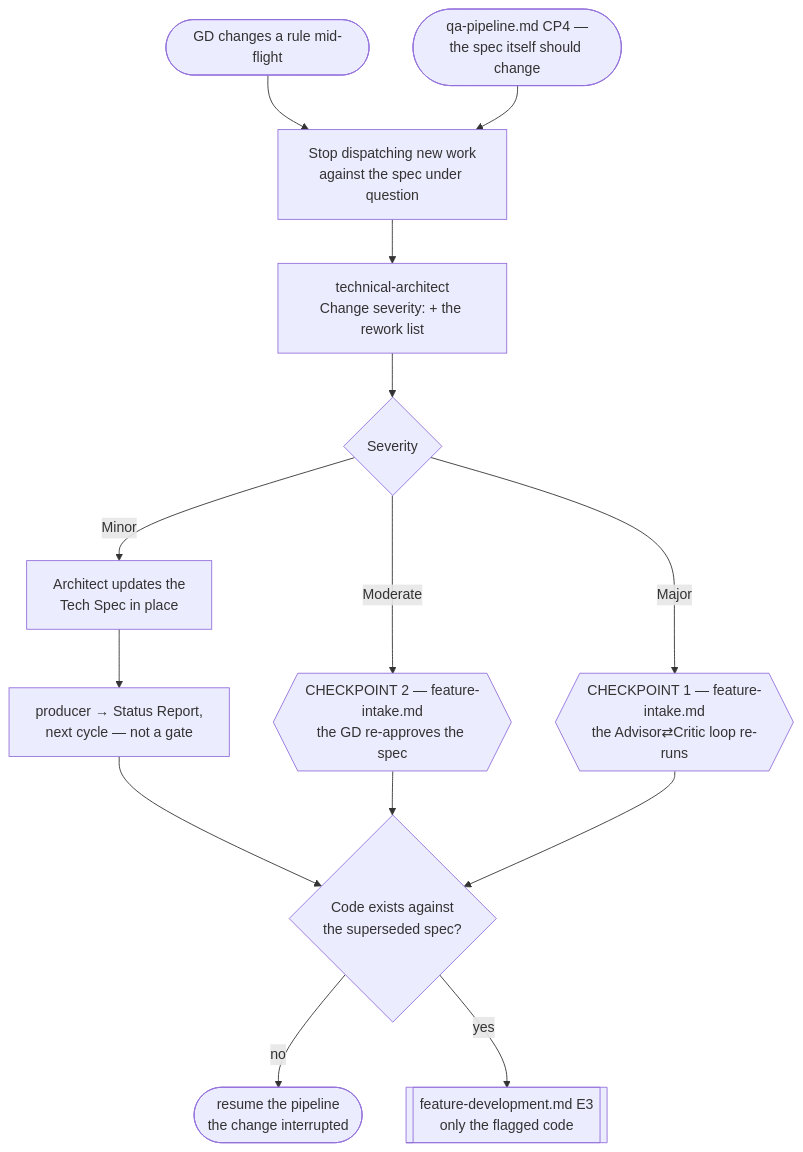
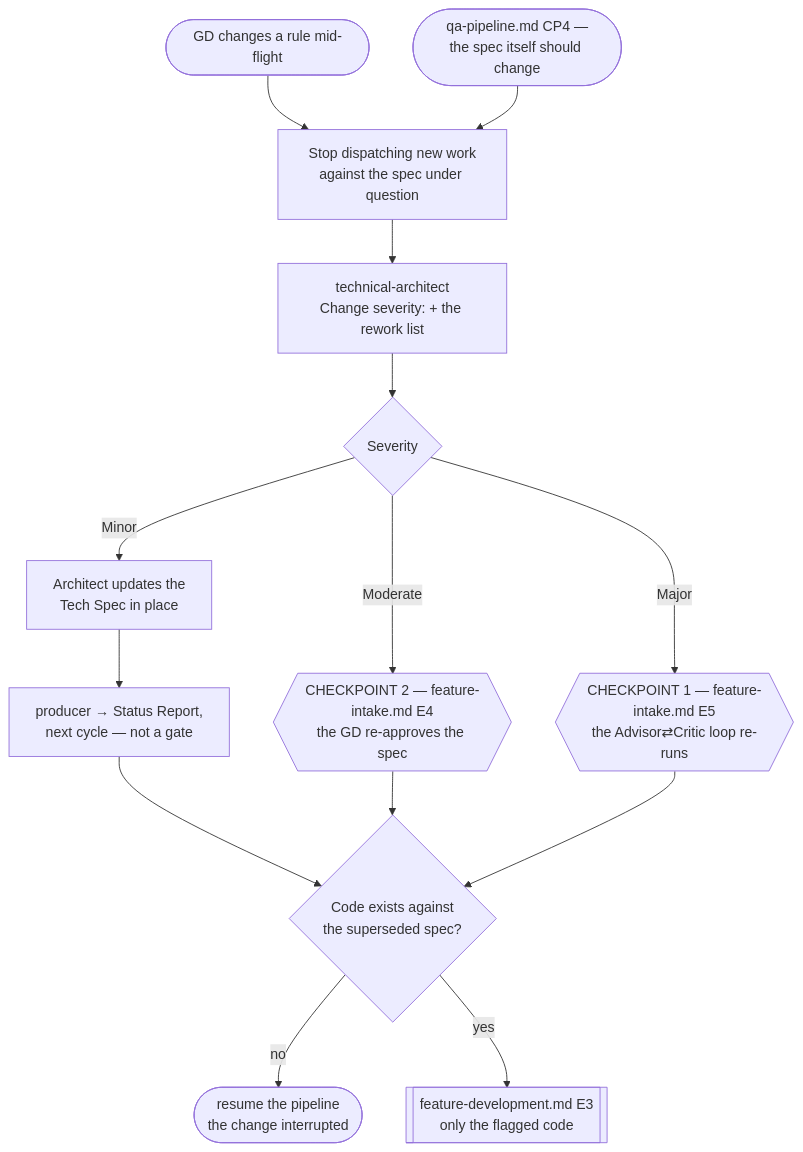
Before and after one commit to PhuNguyen182/AI-For-Game-Development: the diagram in .claude/workflows/change-request.md, drawn with Mermaid. The commit also changed other lines of this file and 5 other files, not shown here.

````diff
--- a/.claude/workflows/change-request.md
+++ b/.claude/workflows/change-request.md
@@ -32,21 +32,21 @@
 ```mermaid
 flowchart TD
     E1([GD changes a rule mid-flight]) --> Halt
     E2([qa-pipeline.md CP4 —<br/>the spec itself should change]) --> Halt
 
     Halt[Stop dispatching new work<br/>against the spec under question] --> Cls
     Cls[technical-architect<br/>Change severity: + the rework list] --> Sev{Severity}
 
     Sev -->|Minor| Spec[Architect updates the<br/>Tech Spec in place]
-    Sev -->|Moderate| CP2{{CHECKPOINT 2 — feature-intake.md<br/>the GD re-approves the spec}}
-    Sev -->|Major| CP1{{CHECKPOINT 1 — feature-intake.md<br/>the Advisor⇄Critic loop re-runs}}
+    Sev -->|Moderate| CP2{{CHECKPOINT 2 — feature-intake.md E4<br/>the GD re-approves the spec}}
+    Sev -->|Major| CP1{{CHECKPOINT 1 — feature-intake.md E5<br/>the Advisor⇄Critic loop re-runs}}
 
     Spec --> Rep[producer → Status Report,<br/>next cycle — not a gate]
 
     Rep --> Code
     CP2 --> Code
     CP1 --> Code
 
     Code{Code exists against<br/>the superseded spec?} -->|no| Resume([resume the pipeline<br/>the change interrupted])
     Code -->|yes| Rework[[feature-development.md E3<br/>only the flagged code]]
 ```
````
